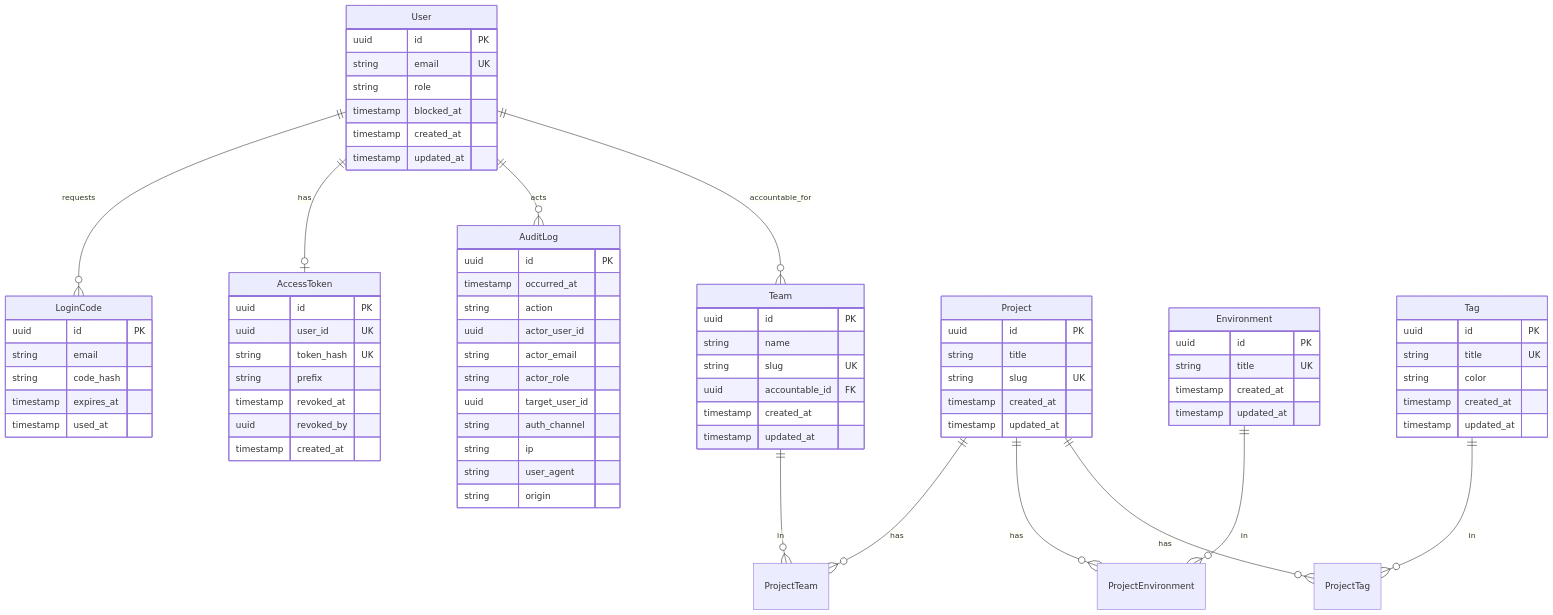
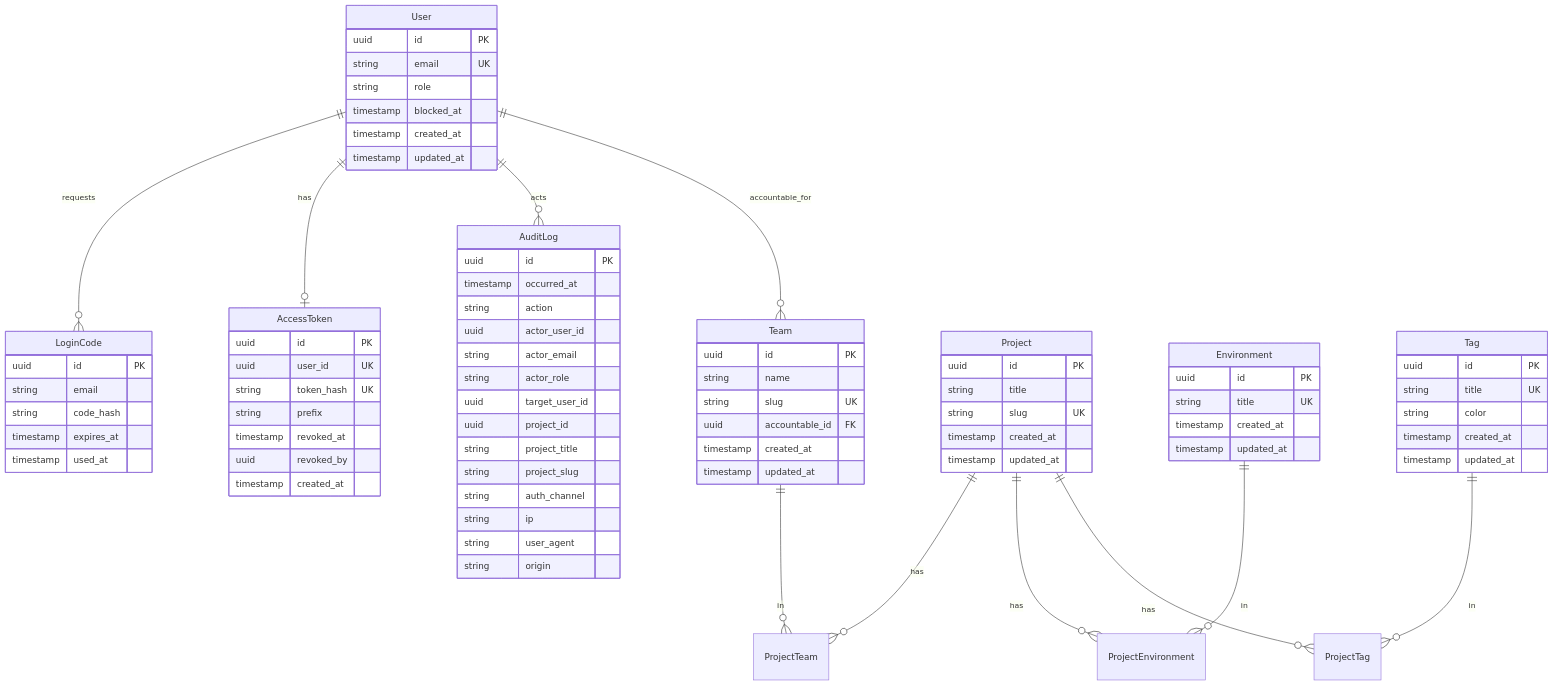
One commit to vmarinho22/envm-vault changed the second of 2 diagrams in docs/architecture.md. Above: the diagram before and after it, drawn with Mermaid. The commit also changed other lines of this file and 19 other files, not shown here.

Commit message:
feat: enhance audit logging with project details, including project ID, title, and slug, along with filtering capabilities for improved traceability

```diff
--- a/docs/architecture.md
+++ b/docs/architecture.md
@@ -213,6 +213,9 @@
     string actor_email
     string actor_role
     uuid target_user_id
+    uuid project_id
+    string project_title
+    string project_slug
     string auth_channel
     string ip
     string user_agent
```
